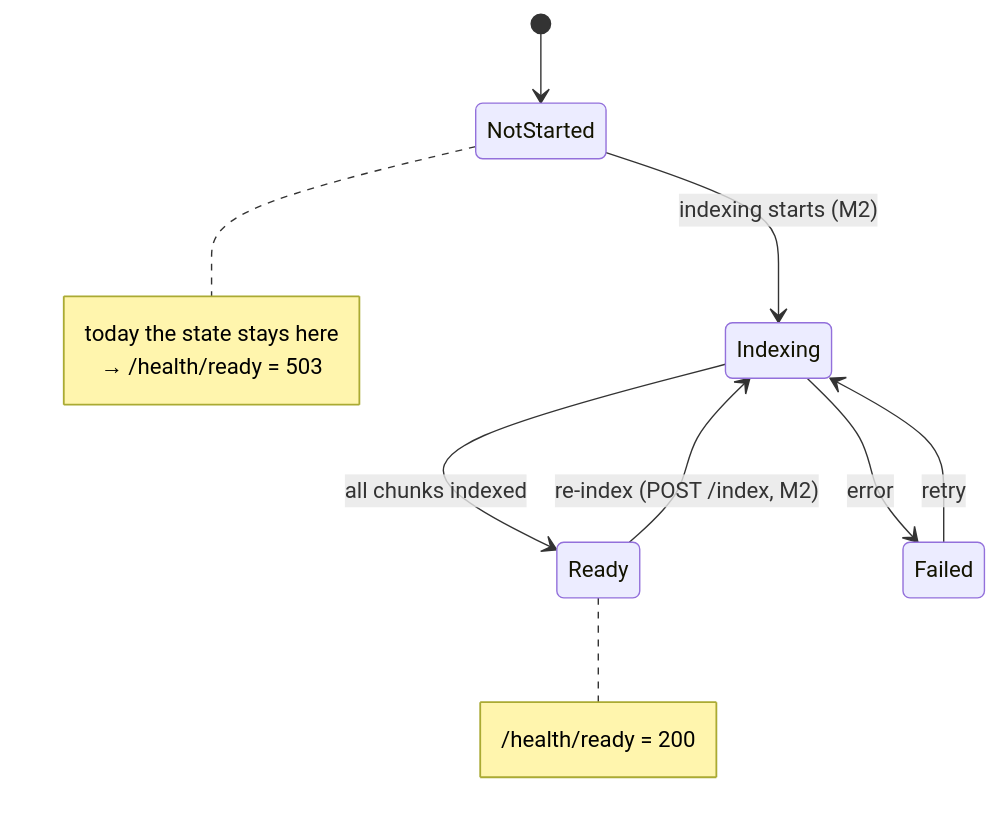
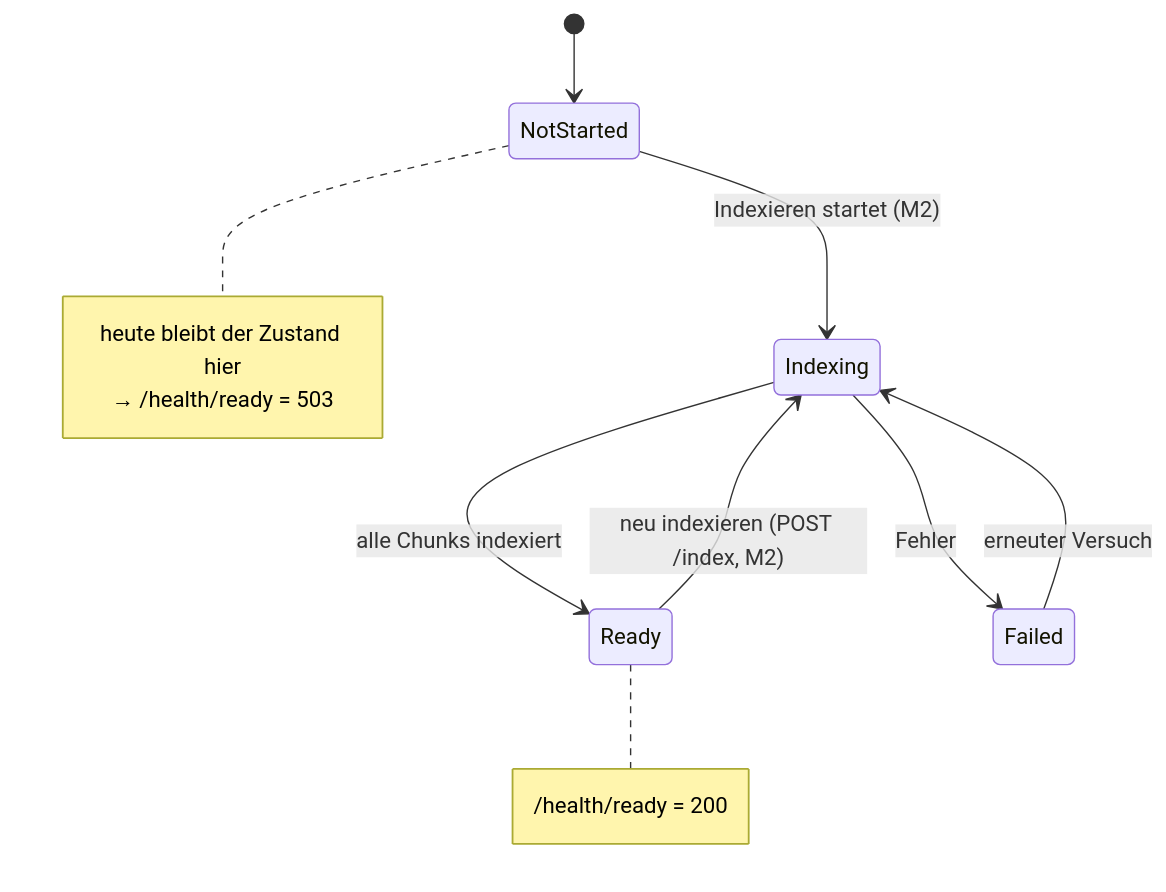
The fifth of 9 diagrams in README.md (MyOnlineRepo/RAG-API), drawn with Mermaid before and after one commit. The commit also changed other lines of this file, not shown here.

````diff
--- a/README.md
+++ b/README.md
@@ -150,12 +150,12 @@
 ```mermaid
 stateDiagram-v2
     [*] --> NotStarted
-    NotStarted --> Indexing: indexing starts (M2)
-    Indexing --> Ready: all chunks indexed
-    Indexing --> Failed: error
-    Ready --> Indexing: re-index (POST /index, M2)
-    Failed --> Indexing: retry
+    NotStarted --> Indexing: Indexieren startet (M2)
+    Indexing --> Ready: alle Chunks indexiert
+    Indexing --> Failed: Fehler
+    Ready --> Indexing: neu indexieren (POST /index, M2)
+    Failed --> Indexing: erneuter Versuch
 
-    note right of NotStarted: today the state stays here<br/>→ /health/ready = 503
+    note right of NotStarted: heute bleibt der Zustand hier<br/>→ /health/ready = 503
     note right of Ready: /health/ready = 200
 ```
````
